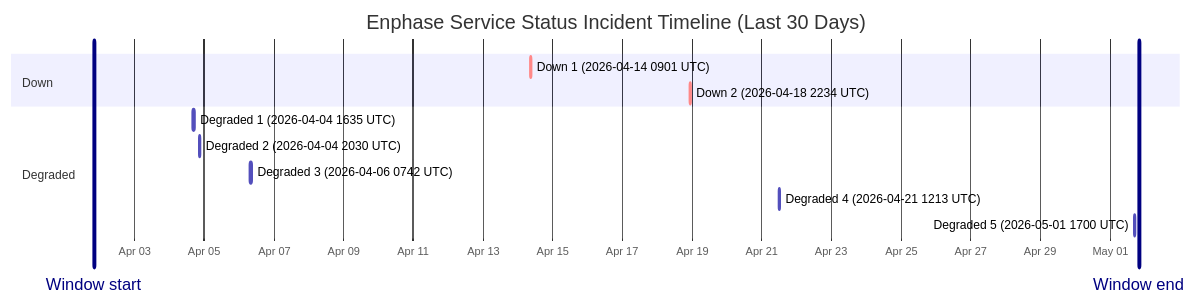
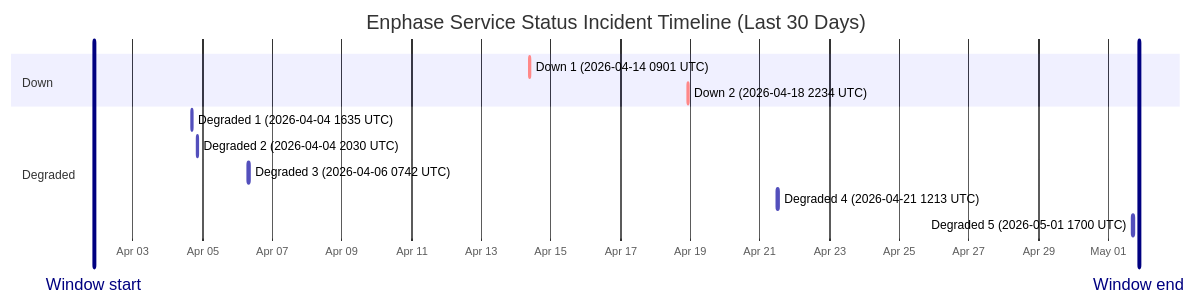
One commit to barneyonline/ha-enphase-ev-charger changed the diagram in wiki/Service-Status-History.md. Above: the diagram before and after it, drawn with Mermaid. The commit also changed other lines of this file and 3 other files, not shown here.

````diff
--- a/wiki/Service-Status-History.md
+++ b/wiki/Service-Status-History.md
@@ -14,17 +14,17 @@
 ```mermaid
 gantt
     title Enphase Service Status Incident Timeline (Last 30 Days)
     dateFormat  YYYY-MM-DDTHH:mm:ss
     axisFormat  %b %d
-    Window start :vert, window-start, 2026-04-01T20:03:36, 0ms
-    Window end :vert, window-end, 2026-05-01T20:03:36, 0ms
+    Window start :vert, window-start, 2026-04-01T21:13:53, 0ms
+    Window end :vert, window-end, 2026-05-01T21:13:53, 0ms
     section Down
     Down 1 (2026-04-14 0901 UTC) :crit, down-1, 2026-04-14T09:01:13, 60m
     Down 2 (2026-04-18 2234 UTC) :crit, down-2, 2026-04-18T22:34:13, 60m
     section Degraded
     Degraded 1 (2026-04-04 1635 UTC) :active, degraded-1, 2026-04-04T16:35:17, 60m
     Degraded 2 (2026-04-04 2030 UTC) :active, degraded-2, 2026-04-04T20:30:40, 60m
     Degraded 3 (2026-04-06 0742 UTC) :active, degraded-3, 2026-04-06T07:42:09, 85m
     Degraded 4 (2026-04-21 1213 UTC) :active, degraded-4, 2026-04-21T12:13:11, 60m
     Degraded 5 (2026-05-01 1700 UTC) :active, degraded-5, 2026-05-01T17:00:22, 60m
 ```
````
